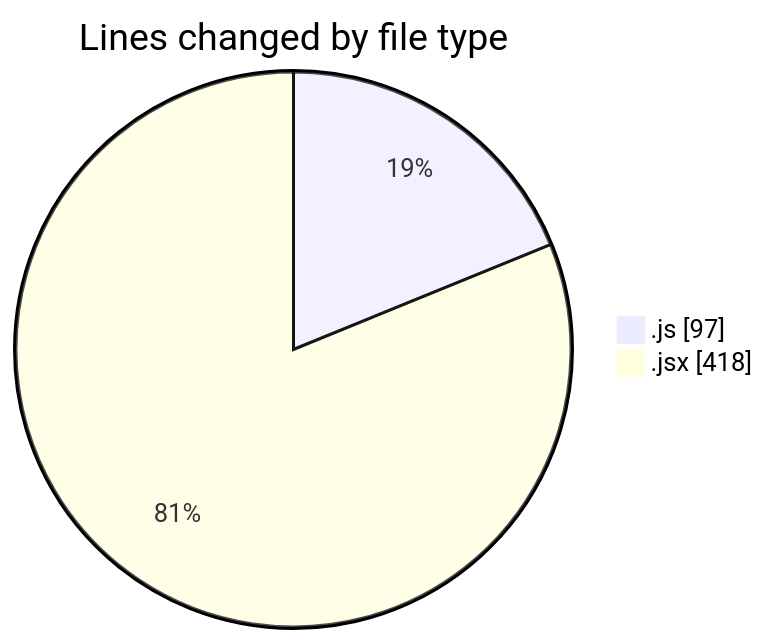
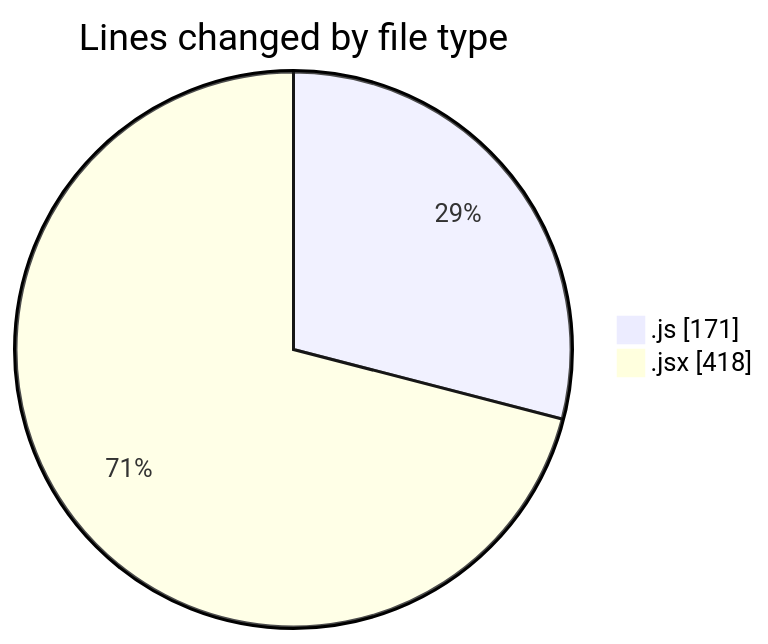
One commit to nxtqubesakshisongat/code-tracking changed the first of 2 diagrams in 2025-05-29/nxtqube_webapp/README.md. Above: the diagram before and after it, drawn with Mermaid. The commit also changed other lines of this file and 1 other file, not shown here.

````diff
--- a/2025-05-29/nxtqube_webapp/README.md
+++ b/2025-05-29/nxtqube_webapp/README.md
@@ -22,6 +23,6 @@
 ```mermaid
 pie showData
 title Lines changed by file type
-".js" : 97
+".js" : 171
 ".jsx" : 418
 ```
````
